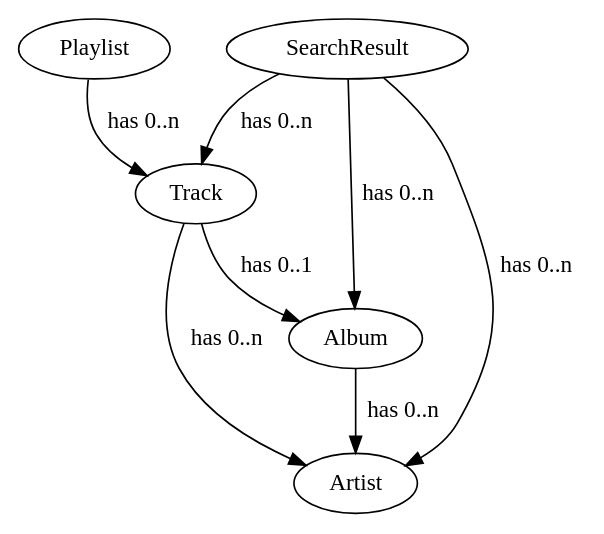
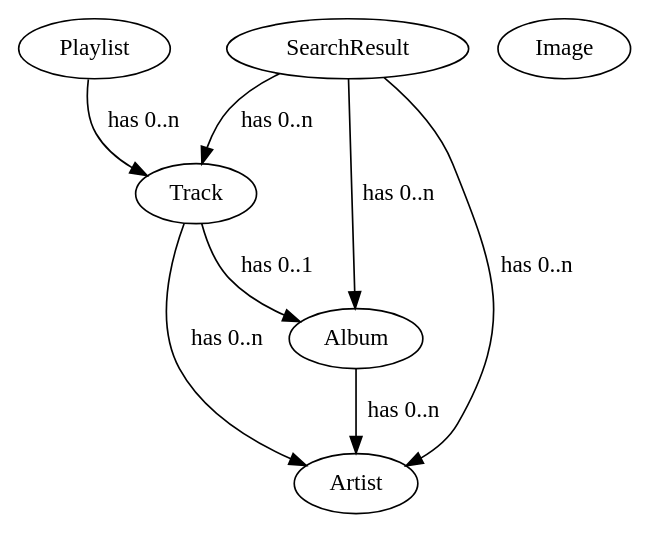
Before and after one commit to mopidy/mopidy: the diagram in docs/api/models.rst, drawn with Graphviz.

Commit message:
docs: Add Image to model relation graph

```diff
--- a/docs/api/models.rst
+++ b/docs/api/models.rst
@@ -29,10 +29,12 @@
 .. digraph:: model_relations
 
     Playlist -> Track [ label="has 0..n" ]
     Track -> Album [ label="has 0..1" ]
     Track -> Artist [ label="has 0..n" ]
     Album -> Artist [ label="has 0..n" ]
 
     SearchResult -> Artist [ label="has 0..n" ]
     SearchResult -> Album [ label="has 0..n" ]
     SearchResult -> Track [ label="has 0..n" ]
+
+    Image
```
